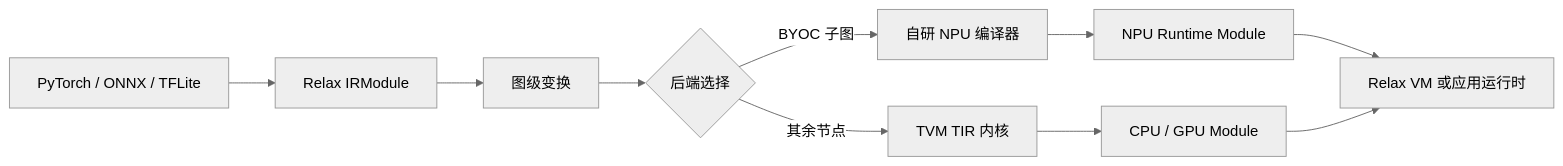
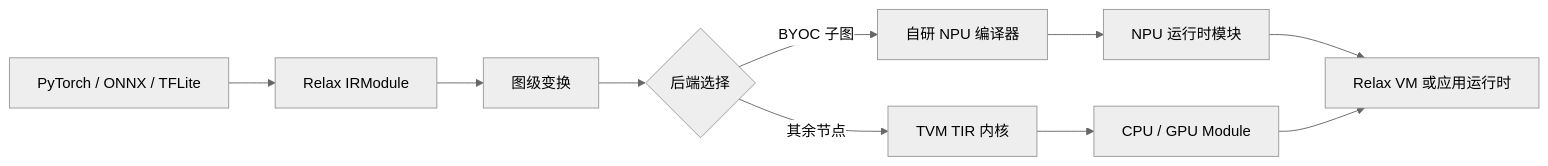
One commit to Little-W/Obsidian changed the diagram in NPU/TVM 使用与自研 NPU 接入手册/00-目录.md. Above: the diagram before and after it, drawn with Mermaid (neutral theme). The commit also changed other lines of this file and 51 other files, not shown here.

````diff
--- a/NPU/TVM 使用与自研 NPU 接入手册/00-目录.md
+++ b/NPU/TVM 使用与自研 NPU 接入手册/00-目录.md
@@ -25,12 +25,12 @@
 ```mermaid
 flowchart LR
     A["PyTorch / ONNX / TFLite"] --> B["Relax IRModule"]
     B --> C["图级变换"]
     C --> D{"后端选择"}
     D -->|BYOC 子图| E["自研 NPU 编译器"]
     D -->|其余节点| F["TVM TIR 内核"]
-    E --> G["NPU Runtime Module"]
+    E --> G["NPU 运行时模块"]
     F --> H["CPU / GPU Module"]
     G --> I["Relax VM 或应用运行时"]
     H --> I
 ```
````
